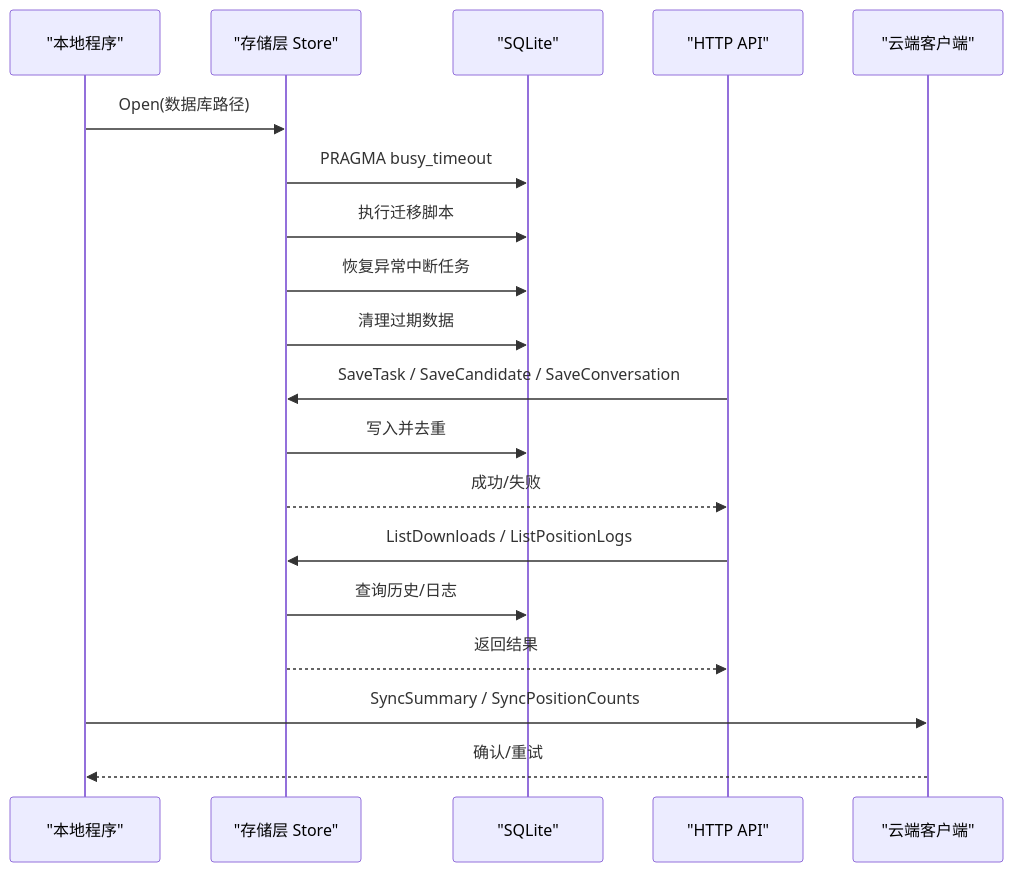
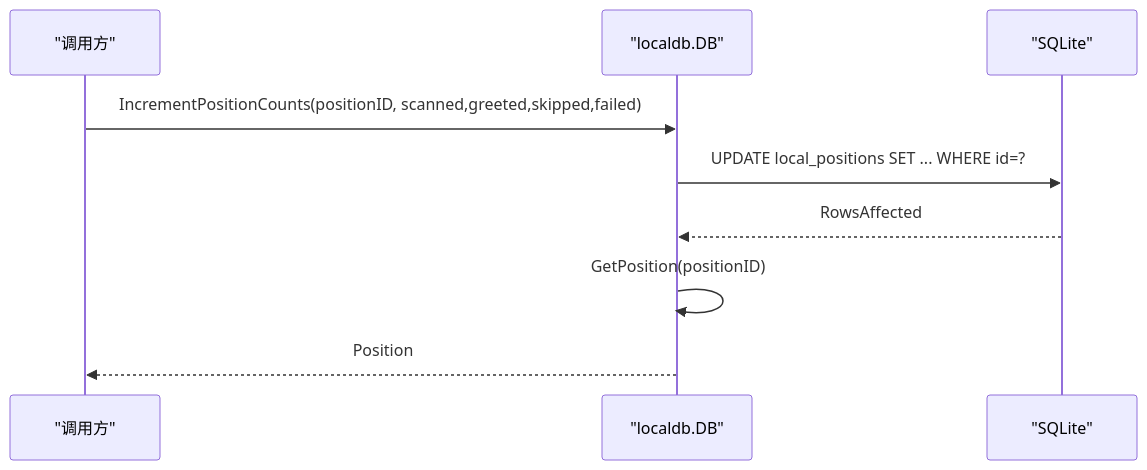
Before and after one commit to alvinwangzi/goodhr: the fourth of 10 diagrams in .qoder/repowiki/zh/content/系统架构/本地Agent架构/数据存储层.md, drawn with Mermaid. The commit also changed other lines of this file and 149 other files, not shown here.

````diff
--- a/.qoder/repowiki/zh/content/系统架构/本地Agent架构/数据存储层.md
+++ b/.qoder/repowiki/zh/content/系统架构/本地Agent架构/数据存储层.md
@@ -95,21 +211,11 @@
 ```mermaid
 sequenceDiagram
-participant App as "本地程序"
-participant Store as "存储层 Store"
-participant DB as "SQLite"
-participant API as "HTTP API"
-participant Cloud as "云端客户端"
-App->>Store : Open(数据库路径)
-Store->>DB : PRAGMA busy_timeout
-Store->>DB : 执行迁移脚本
-Store->>DB : 恢复异常中断任务
-Store->>DB : 清理过期数据
-API->>Store : SaveTask / SaveCandidate / SaveConversation
-Store->>DB : 写入并去重
-Store-->>API : 成功/失败
-API->>Store : ListDownloads / ListPositionLogs
-Store->>DB : 查询历史/日志
-Store-->>API : 返回结果
-App->>Cloud : SyncSummary / SyncPositionCounts
-Cloud-->>App : 确认/重试
+participant Caller as "调用方"
+participant DB as "localdb.DB"
+participant SQL as "SQLite"
+Caller->>DB : IncrementPositionCounts(positionID, scanned,greeted,skipped,failed)
+DB->>SQL : UPDATE local_positions SET ... WHERE id=?
+SQL-->>DB : RowsAffected
+DB->>DB : GetPosition(positionID)
+DB-->>Caller : Position
 ```
````
